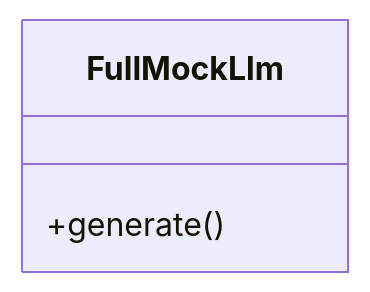
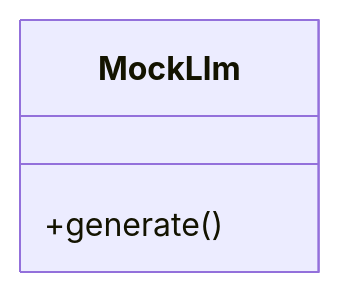
The diagram in livewiki/diagrams/core-src-tests-03.classes.mmd (eduardoabreu81/livewiki), drawn with Mermaid before and after one commit. The commit also changed 104 other files, not shown here.

```diff
--- a/livewiki/diagrams/core-src-tests-03.classes.mmd
+++ b/livewiki/diagrams/core-src-tests-03.classes.mmd
@@ -1,5 +1,5 @@
 classDiagram
   direction TB
-  class class_1["FullMockLlm"] {
+  class class_1["MockLlm"] {
     +generate()
   }
```
